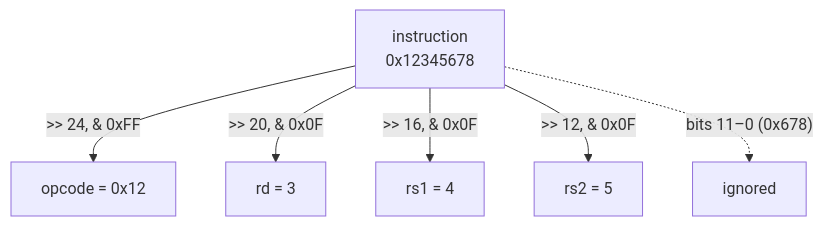
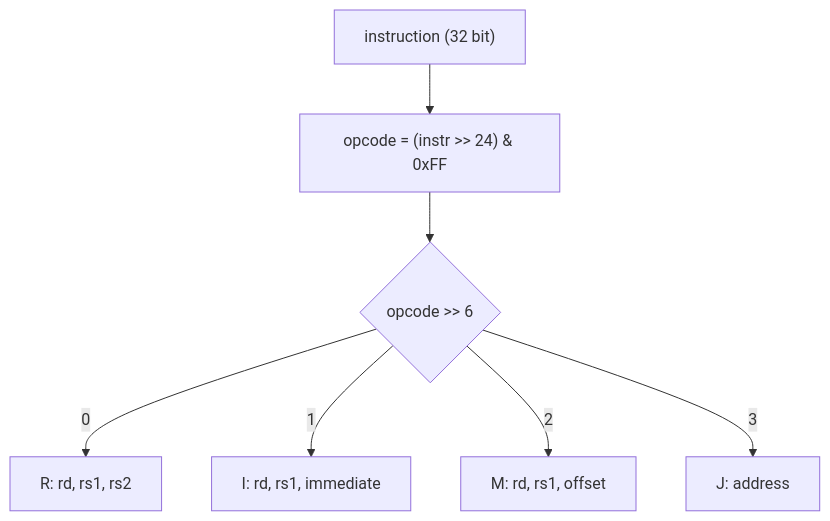
One commit to kpolet2010-hue/CoreSim changed the diagram in docs/DECODER.md. Above: the diagram before and after it, drawn with Mermaid. The commit also changed other lines of this file and 6 other files, not shown here.

````diff
--- a/docs/DECODER.md
+++ b/docs/DECODER.md
@@ -47,9 +34,9 @@
 ```mermaid
 flowchart TD
-    IN["instruction<br/>0x12345678"]
-    IN -- ">> 24, & 0xFF" --> OP["opcode = 0x12"]
-    IN -- ">> 20, & 0x0F" --> RD["rd = 3"]
-    IN -- ">> 16, & 0x0F" --> RS1["rs1 = 4"]
-    IN -- ">> 12, & 0x0F" --> RS2["rs2 = 5"]
-    IN -. "bits 11–0 (0x678)" .-> X["ignored"]
+    IN["instruction (32 bit)"] --> OP["opcode = (instr >> 24) & 0xFF"]
+    OP --> F{"opcode >> 6"}
+    F -- "0" --> R["R: rd, rs1, rs2"]
+    F -- "1" --> I["I: rd, rs1, immediate"]
+    F -- "2" --> M["M: rd, rs1, offset"]
+    F -- "3" --> J["J: address"]
 ```
````
